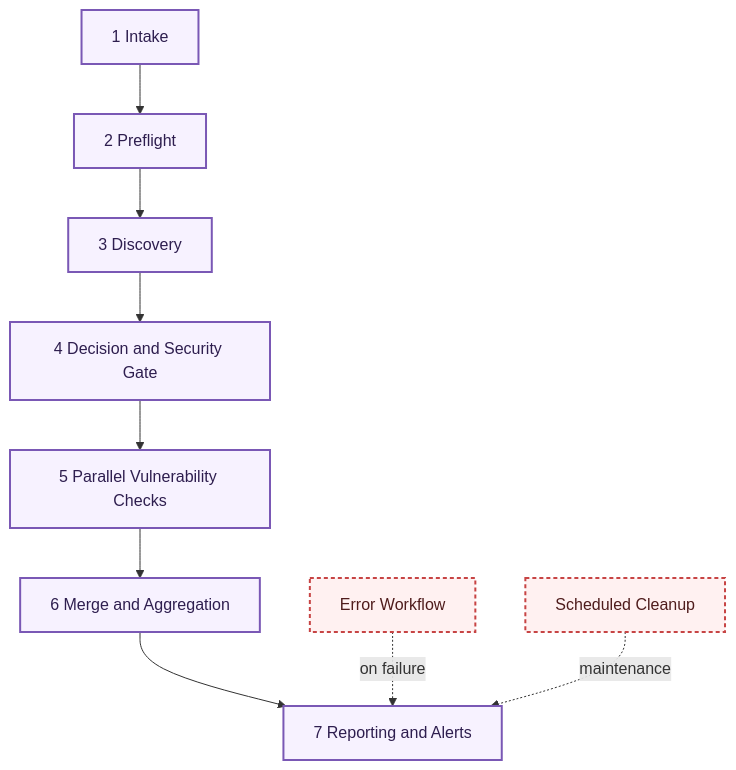
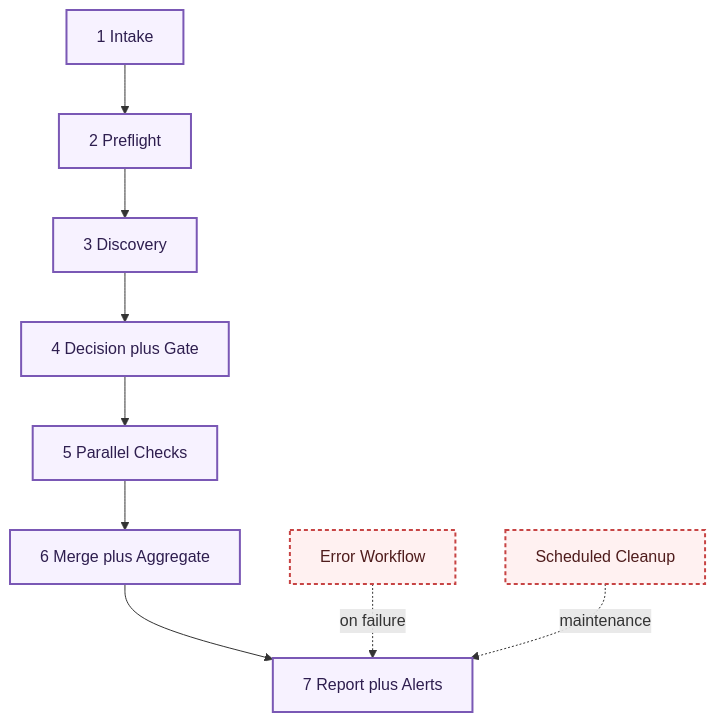
The second of 2 diagrams in README.md (Shenal01/Hacksm-AutoRecon), drawn with Mermaid before and after one commit.

````diff
--- a/README.md
+++ b/README.md
@@ -79,18 +79,18 @@
 ```mermaid
 flowchart TB
     S1[1 Intake] --> S2[2 Preflight]
     S2 --> S3[3 Discovery]
-    S3 --> S4[4 Decision and Security Gate]
-    S4 --> S5[5 Parallel Vulnerability Checks]
-    S5 --> S6[6 Merge and Aggregation]
-    S6 --> S7[7 Reporting and Alerts]
+    S3 --> S4[4 Decision plus Gate]
+    S4 --> S5[5 Parallel Checks]
+    S5 --> S6[6 Merge plus Aggregate]
+    S6 --> S7[7 Report plus Alerts]
 
     E1[Error Workflow] -. on failure .-> S7
     C1[Scheduled Cleanup] -. maintenance .-> S7
 
     classDef stage fill:#f7f2ff,stroke:#7a58b5,stroke-width:2px,color:#2e1e4f;
     classDef side fill:#fff1f1,stroke:#c74444,stroke-width:2px,color:#4f1c1c,stroke-dasharray: 4 3;
 
     class S1,S2,S3,S4,S5,S6,S7 stage;
     class E1,C1 side;
 ```
````
